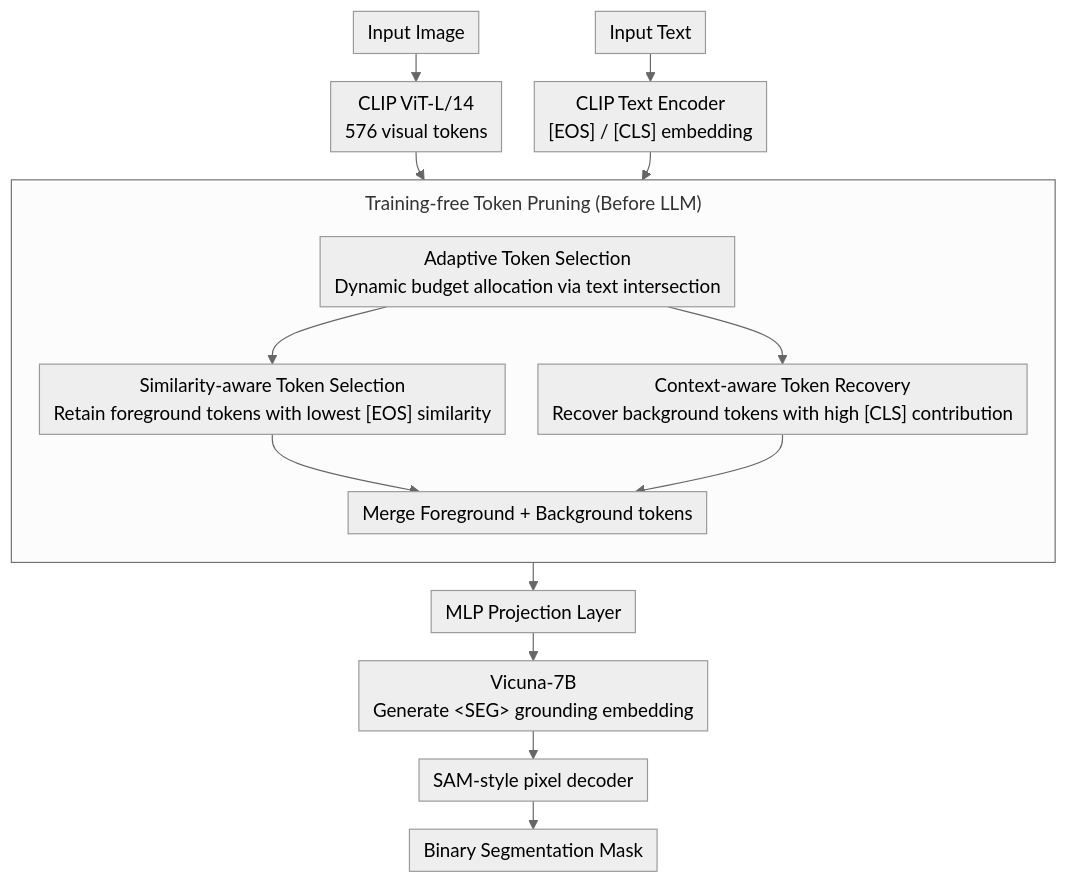
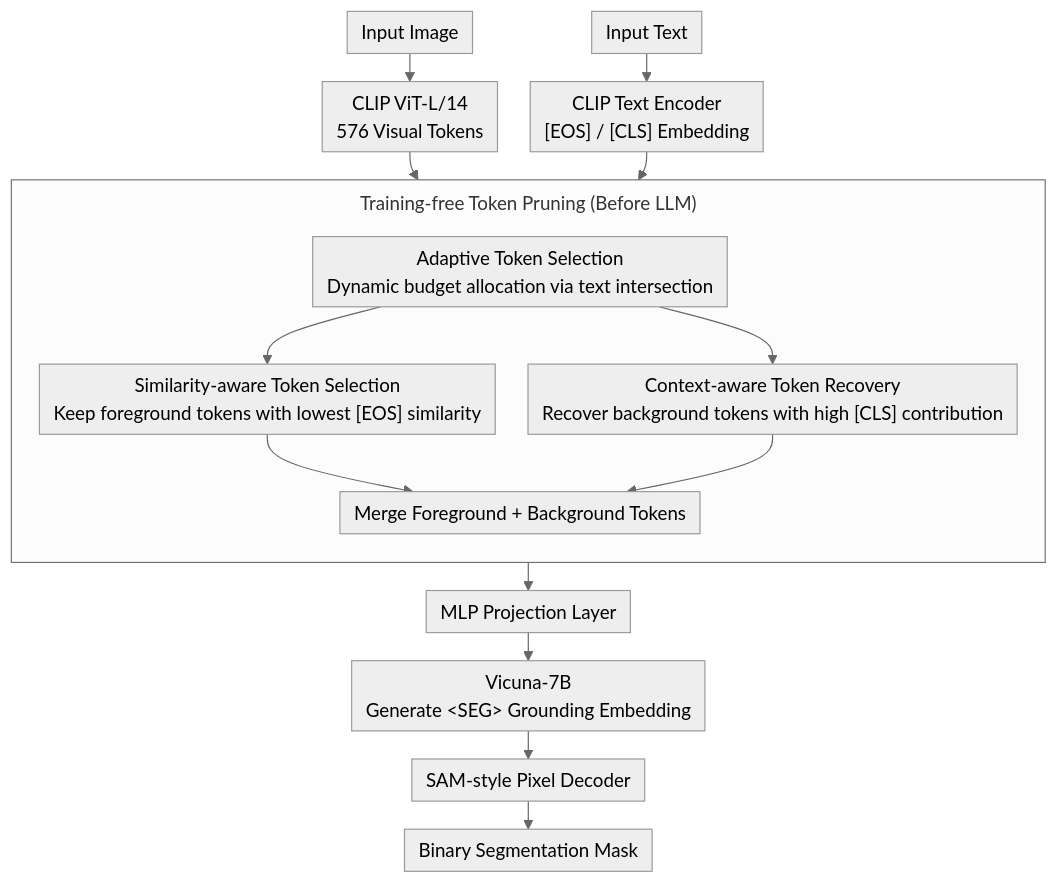
Before and after one commit to zhaoyang97/Paper-Notes-en: the diagram in docs/ICML2026/vlm_efficiency/clip_tricks_you_training-free_token_pruning_for_efficient_pixel_grounding_in_lar.md, drawn with Mermaid (neutral theme). The commit also changed other lines of this file and 5084 other files, not shown here.

````diff
--- a/docs/ICML2026/vlm_efficiency/clip_tricks_you_training-free_token_pruning_for_efficient_pixel_grounding_in_lar.md
+++ b/docs/ICML2026/vlm_efficiency/clip_tricks_you_training-free_token_pruning_for_efficient_pixel_grounding_in_lar.md
@@ -44,20 +44,20 @@
 ```mermaid
 %%{init: {'flowchart': {'rankSpacing': 24, 'nodeSpacing': 28, 'padding': 6, 'wrappingWidth': 400, 'subGraphTitleMargin': {'top': 8, 'bottom': 16}}}}%%
 flowchart TD
-    IMG["Input Image"] --> VENC["CLIP ViT-L/14<br/>576 visual tokens"]
-    TXT["Input Text"] --> TENC["CLIP Text Encoder<br/>[EOS] / [CLS] embedding"]
+    IMG["Input Image"] --> VENC["CLIP ViT-L/14<br/>576 Visual Tokens"]
+    TXT["Input Text"] --> TENC["CLIP Text Encoder<br/>[EOS] / [CLS] Embedding"]
     VENC --> ADAPT
     TENC --> ADAPT
     subgraph PRUNE["Training-free Token Pruning (Before LLM)"]
         direction TB
         ADAPT["Adaptive Token Selection<br/>Dynamic budget allocation via text intersection"]
-        ADAPT --> SIM["Similarity-aware Token Selection<br/>Retain foreground tokens with lowest [EOS] similarity"]
+        ADAPT --> SIM["Similarity-aware Token Selection<br/>Keep foreground tokens with lowest [EOS] similarity"]
         ADAPT --> CTX["Context-aware Token Recovery<br/>Recover background tokens with high [CLS] contribution"]
-        SIM --> MERGE["Merge Foreground + Background tokens"]
+        SIM --> MERGE["Merge Foreground + Background Tokens"]
         CTX --> MERGE
     end
     MERGE --> MLP["MLP Projection Layer"]
-    MLP --> LLM["Vicuna-7B<br/>Generate &lt;SEG&gt; grounding embedding"]
-    LLM --> DEC["SAM-style pixel decoder"]
+    MLP --> LLM["Vicuna-7B<br/>Generate &lt;SEG&gt; Grounding Embedding"]
+    LLM --> DEC["SAM-style Pixel Decoder"]
     DEC --> OUT["Binary Segmentation Mask"]
 ```
````
